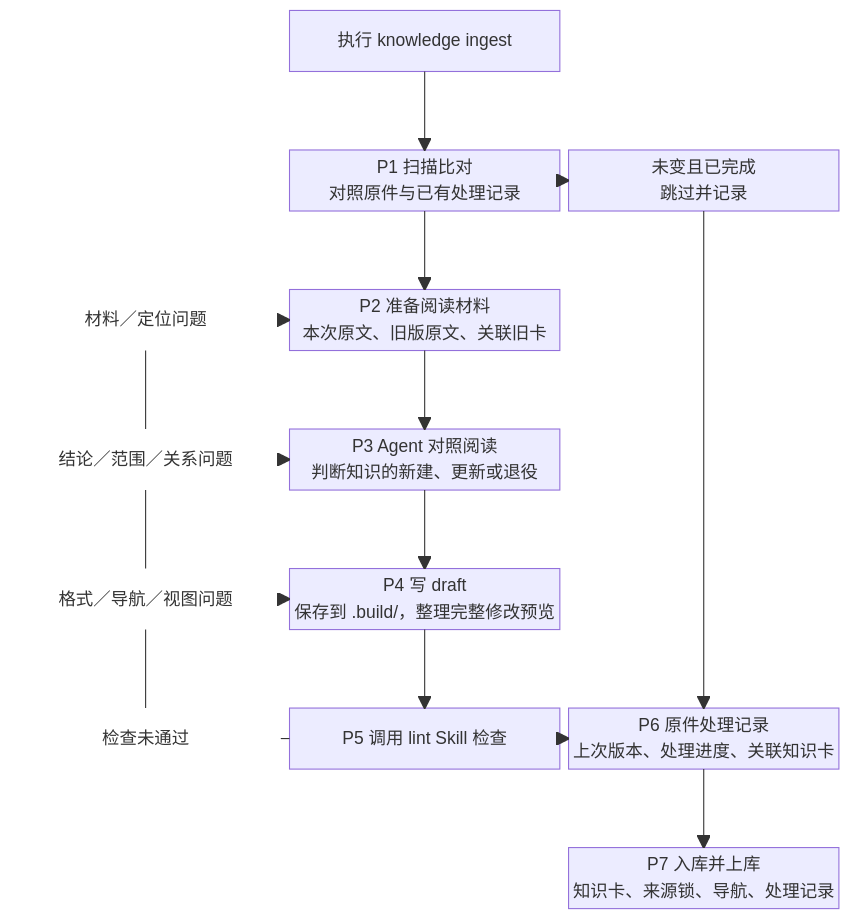
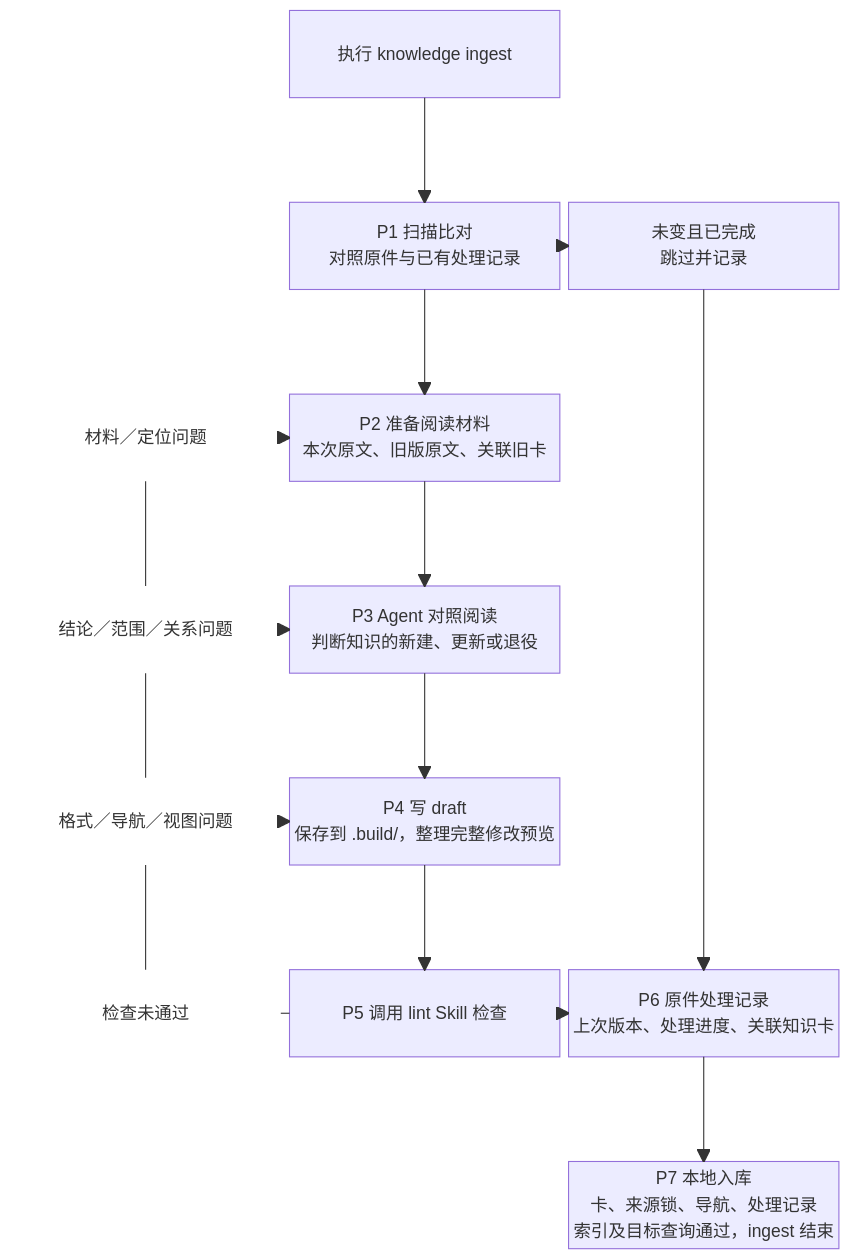
The fourth of 19 diagrams in aiotbot-knowledge-wifi-mp/docs-llm-wiki/知识库详细设计.md (Robin-hhc/FactumCore), drawn with Mermaid before and after one commit. The commit also changed other lines of this file and 95 other files, not shown here.

````diff
--- a/aiotbot-knowledge-wifi-mp/docs-llm-wiki/知识库详细设计.md
+++ b/aiotbot-knowledge-wifi-mp/docs-llm-wiki/知识库详细设计.md
@@ -149,39 +149,39 @@
 ```mermaid
 block-beta
     columns 3
     space CMD["执行 knowledge ingest"] space
     space:3
     space P1["P1 扫描比对<br/>对照原件与已有处理记录"] SKIP["未变且已完成<br/>跳过并记录"]
     space:3
     J2["材料／定位问题"] P2["P2 准备阅读材料<br/>本次原文、旧版原文、关联旧卡"] space
     space:3
     J3["结论／范围／关系问题"] P3["P3 Agent 对照阅读<br/>判断知识的新建、更新或退役"] space
     space:3
     J4["格式／导航／视图问题"] P4["P4 写 draft<br/>保存到 .build/，整理完整修改预览"] space
     space:3
     J5["检查未通过"] P5["P5 调用 lint Skill 检查"] P6["P6 原件处理记录<br/>上次版本、处理进度、关联知识卡"]
     space:3
-    space:2 P7["P7 入库并上库<br/>知识卡、来源锁、导航、处理记录"]
+    space:2 P7["P7 本地入库<br/>卡、来源锁、导航、处理记录<br/>索引及目标查询通过，ingest 结束"]
 
     CMD --> P1
     P1 --> P2
     P2 --> P3
     P3 --> P4
     P4 --> P5
     P5 --> P6
     P6 --> P7
 
     P1 --> SKIP
     SKIP --> P6
 
     P5 --- J5
     J5 --- J4
     J4 --- J3
     J3 --- J2
     J2 --> P2
     J3 --> P3
     J4 --> P4
 
     classDef problem fill:none,stroke:none
     class J2,J3,J4,J5 problem
 ```
````
